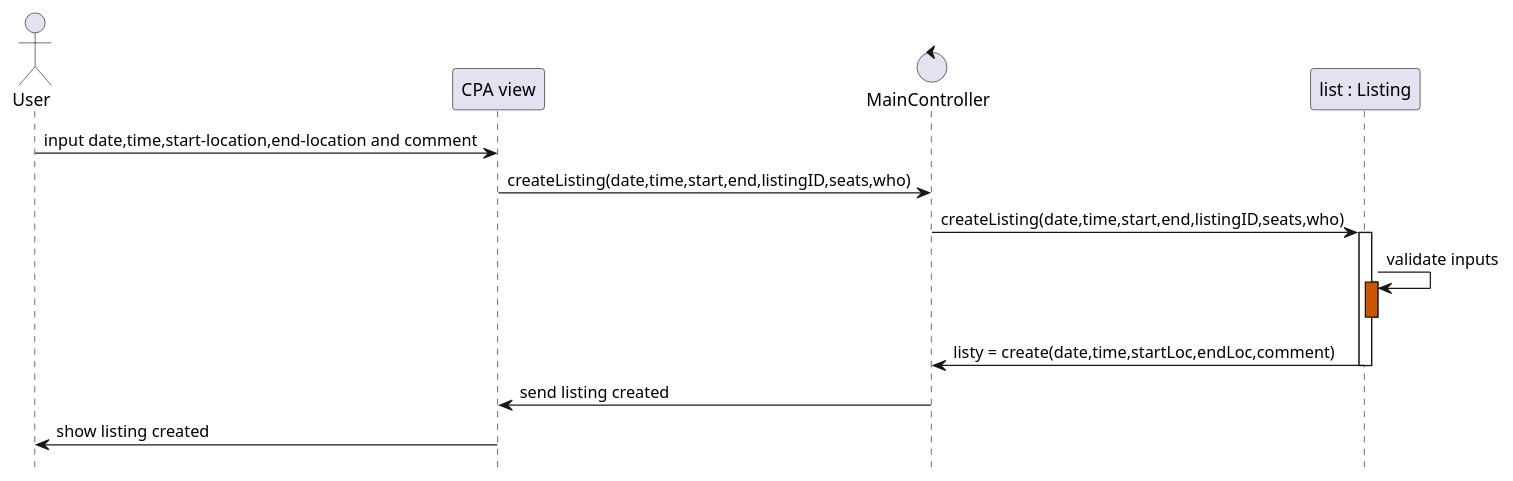
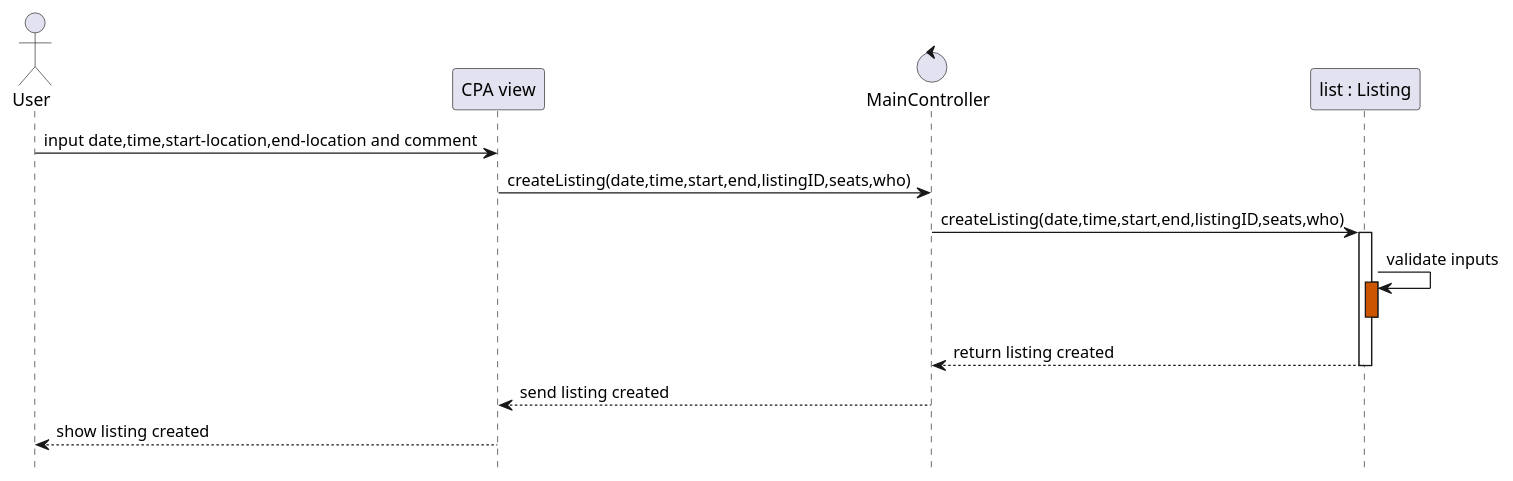
One commit to PriyaMulla/Carpool-Connect-VC changed the third of 5 diagrams in doc/design.md. Above: the diagram before and after it, drawn with PlantUML. The commit also changed other lines of this file, not shown here.

Commit message:
Edited seq diagrams

````diff
--- a/doc/design.md
+++ b/doc/design.md
@@ -95,28 +95,28 @@
 ```plantuml
 @startuml
 hide footbox
 
 'ACTORS
 actor "User" as user
 participant "CPA view" as system
 control "MainController" as controller
 participant "list : Listing" as listing
 
 'ACTIONS
 user -> system : input date,time,start-location,end-location and comment
 system -> controller : createListing(date,time,start,end,listingID,seats,who)
 controller -> listing : createListing(date,time,start,end,listingID,seats,who)
 
 activate listing
 
 listing -> listing : validate inputs
 activate listing #CC5500
 
 deactivate listing
-listing -> controller : listy = create(date,time,startLoc,endLoc,comment)
+listing --> controller : return listing created
 deactivate listing
 
-controller -> system : send listing created
-system -> user : show listing created
+controller --> system : send listing created
+system --> user : show listing created
 @enduml
 ```
````
